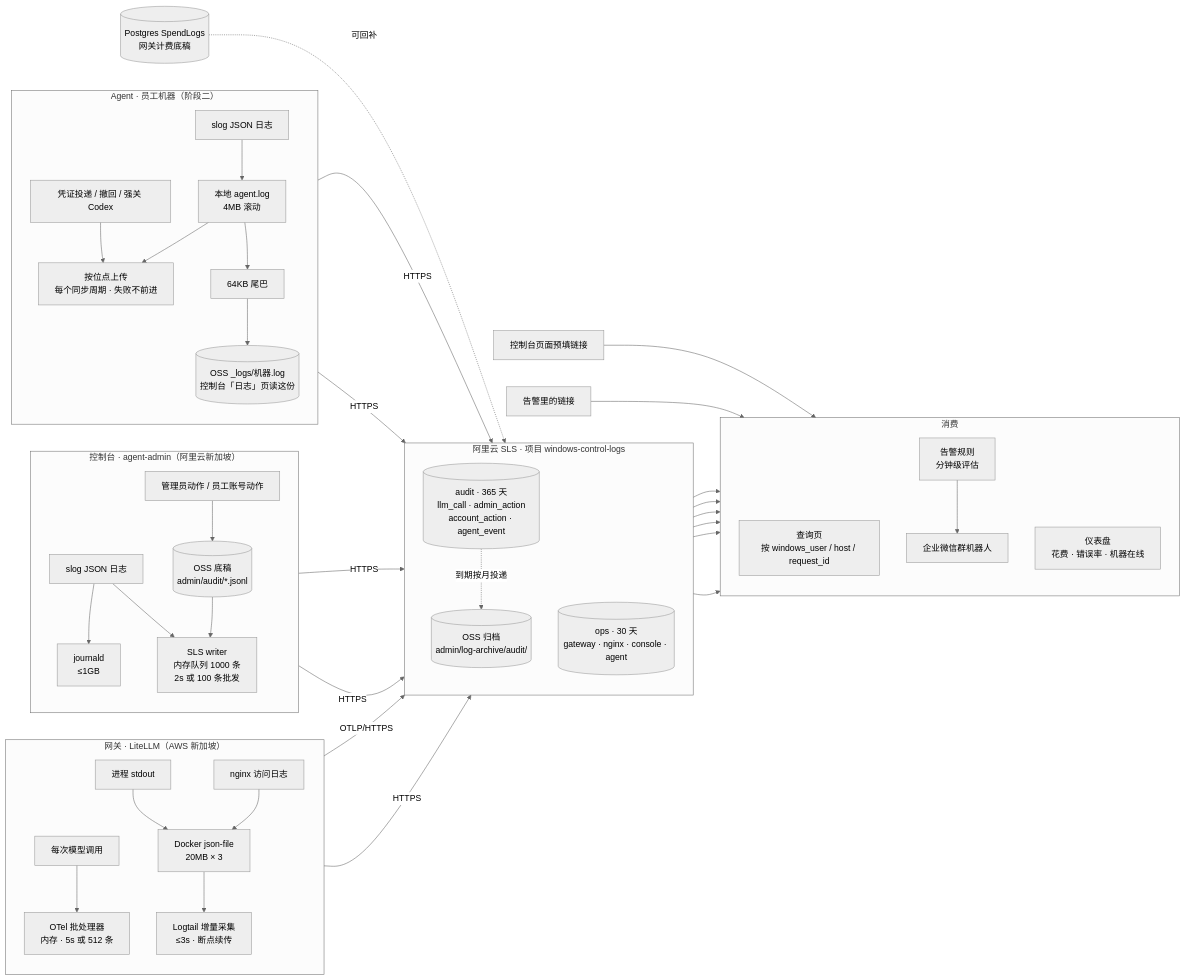
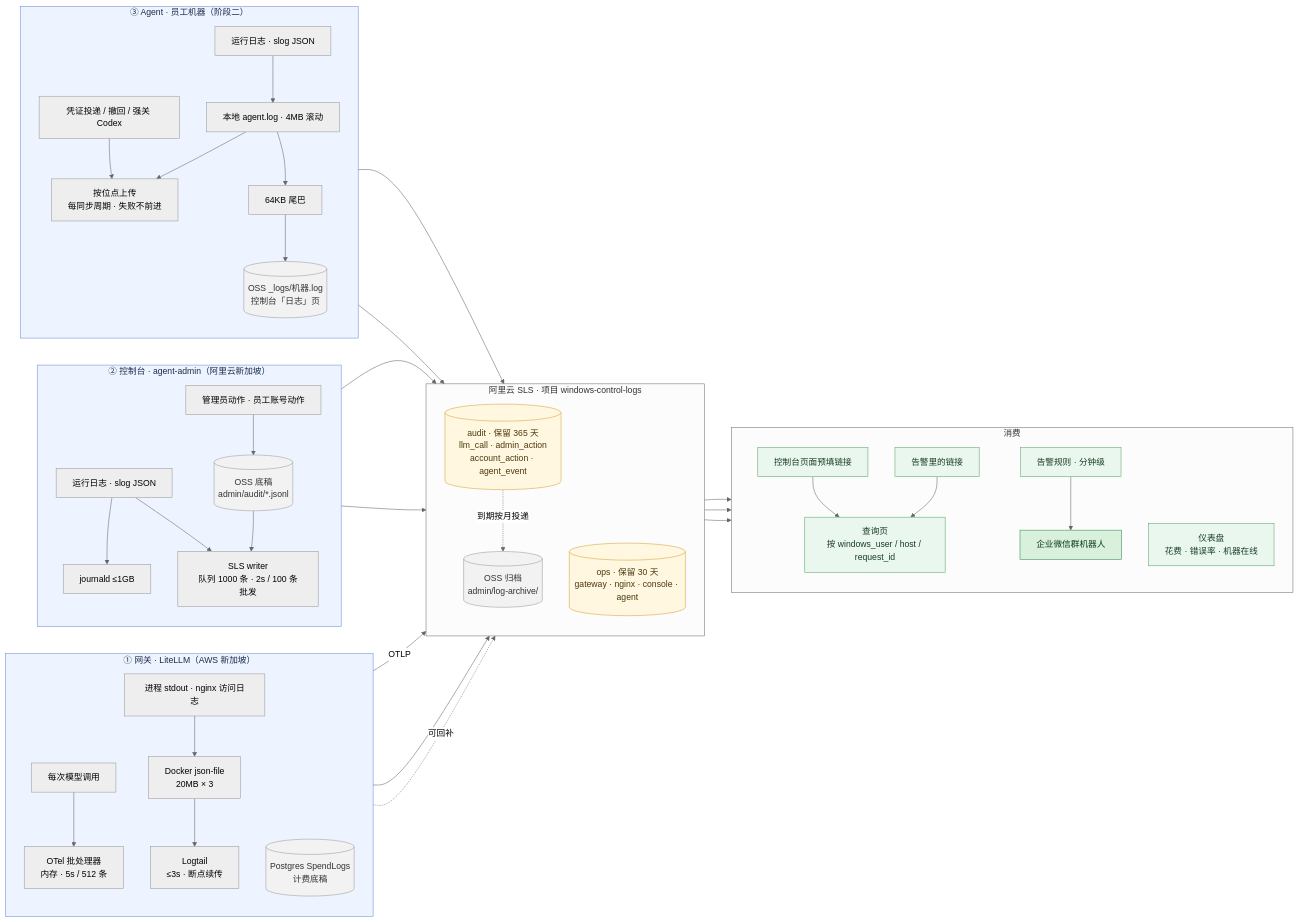
The diagram in docs/superpowers/specs/2026-09-08-unified-logging-design.md (TEENet-io/ai-env-mgr), drawn with Mermaid (neutral theme) before and after one commit.

Commit message:
docs: tidy the log-flow diagram (grouped edges, colour classes)

````diff
--- a/docs/superpowers/specs/2026-09-08-unified-logging-design.md
+++ b/docs/superpowers/specs/2026-09-08-unified-logging-design.md
@@ -65,61 +65,63 @@
 ```mermaid
 flowchart LR
-  %% ───────── 产生与本地缓冲 ─────────
-  subgraph GW["网关 · LiteLLM（AWS 新加坡）"]
+  classDef mod fill:#eef4ff,stroke:#6b8fd6,color:#1a2b4c
+  classDef store fill:#fff7e0,stroke:#d6a23a,color:#4c3a10
+  classDef oss fill:#f2f2f2,stroke:#9a9a9a,color:#333
+  classDef use fill:#eaf7ee,stroke:#5aa76b,color:#183d24
+  classDef wecom fill:#d9f0dc,stroke:#2f8a4a,color:#0f3d1c
+
+  subgraph GW["① 网关 · LiteLLM（AWS 新加坡）"]
     direction TB
-    gw_call["每次模型调用"] --> otel["OTel 批处理器<br/>内存 · 5s 或 512 条"]
-    gw_out["进程 stdout"] --> dj["Docker json-file<br/>20MB × 3"]
-    ng_out["nginx 访问日志"] --> dj
-    dj --> lt["Logtail 增量采集<br/>≤3s · 断点续传"]
+    g1["每次模型调用"] --> g2["OTel 批处理器<br/>内存 · 5s / 512 条"]
+    g3["进程 stdout · nginx 访问日志"] --> g4["Docker json-file<br/>20MB × 3"] --> g5["Logtail<br/>≤3s · 断点续传"]
+    g6[("Postgres SpendLogs<br/>计费底稿")]
   end
 
-  subgraph CS["控制台 · agent-admin（阿里云新加坡）"]
+  subgraph CS["② 控制台 · agent-admin（阿里云新加坡）"]
     direction TB
-    cs_log["slog JSON 日志"] --> jd["journald<br/>≤1GB"]
-    cs_log --> q["SLS writer<br/>内存队列 1000 条<br/>2s 或 100 条批发"]
-    cs_audit["管理员动作 / 员工账号动作"] --> ossa[("OSS 底稿<br/>admin/audit/*.jsonl")]
-    ossa --> q
+    c1["运行日志 · slog JSON"] --> c2["journald ≤1GB"]
+    c1 --> c3["SLS writer<br/>队列 1000 条 · 2s / 100 条批发"]
+    c4["管理员动作 · 员工账号动作"] --> c5[("OSS 底稿<br/>admin/audit/*.jsonl")] --> c3
   end
 
-  subgraph AG["Agent · 员工机器（阶段二）"]
+  subgraph AG["③ Agent · 员工机器（阶段二）"]
     direction TB
-    ag_log["slog JSON 日志"] --> af["本地 agent.log<br/>4MB 滚动"]
-    af --> pos["按位点上传<br/>每个同步周期 · 失败不前进"]
-    af --> tail["64KB 尾巴"] --> osst[("OSS _logs/机器.log<br/>控制台「日志」页读这份")]
-    ag_ev["凭证投递 / 撤回 / 强关 Codex"] --> pos
+    a1["运行日志 · slog JSON"] --> a2["本地 agent.log · 4MB 滚动"]
+    a2 --> a3["按位点上传<br/>每同步周期 · 失败不前进"]
+    a2 --> a4["64KB 尾巴"] --> a5[("OSS _logs/机器.log<br/>控制台「日志」页")]
+    a6["凭证投递 / 撤回 / 强关 Codex"] --> a3
   end
 
-  %% ───────── SLS ─────────
   subgraph SLS["阿里云 SLS · 项目 windows-control-logs"]
     direction TB
-    audit[("audit · 365 天<br/>llm_call · admin_action<br/>account_action · agent_event")]
-    ops[("ops · 30 天<br/>gateway · nginx · console · agent")]
-    audit -. 到期按月投递 .-> arch[("OSS 归档<br/>admin/log-archive/audit/")]
+    audit[("audit · 保留 365 天<br/>llm_call · admin_action<br/>account_action · agent_event")]
+    ops[("ops · 保留 30 天<br/>gateway · nginx · console · agent")]
+    audit -. 到期按月投递 .-> arch[("OSS 归档<br/>admin/log-archive/")]
   end
 
-  otel -- "OTLP/HTTPS" --> audit
-  lt -- "HTTPS" --> ops
-  q -- "HTTPS" --> ops
-  q -- "HTTPS" --> audit
-  pos -- "HTTPS" --> ops
-  pos -- "HTTPS" --> audit
-
-  %% ───────── 消费 ─────────
   subgraph USE["消费"]
     direction TB
-    query["查询页<br/>按 windows_user / host / request_id"]
-    dash["仪表盘<br/>花费 · 错误率 · 机器在线"]
-    alert["告警规则<br/>分钟级评估"] --> wecom["企业微信群机器人"]
+    q["查询页<br/>按 windows_user / host / request_id"]
+    d["仪表盘<br/>花费 · 错误率 · 机器在线"]
+    al["告警规则 · 分钟级"] --> w["企业微信群机器人"]
+    l1["控制台页面预填链接"] --> q
+    l2["告警里的链接"] --> q
   end
-  audit --> query
-  ops --> query
-  audit --> dash
-  ops --> dash
-  audit --> alert
-  ops --> alert
 
-  %% ───────── 入口 ─────────
-  pg[("Postgres SpendLogs<br/>网关计费底稿")] -.可回补.-> audit
-  link1["控制台页面预填链接"] --> query
-  link2["告警里的链接"] --> query
+  g2 -- OTLP --> audit
+  g5 --> ops
+  g6 -. 可回补 .-> audit
+  c3 --> ops
+  c3 --> audit
+  a3 --> ops
+  a3 --> audit
+  SLS --> q
+  SLS --> d
+  SLS --> al
+
+  class GW,CS,AG mod
+  class audit,ops store
+  class g6,c5,a5,arch oss
+  class q,d,al,l1,l2 use
+  class w wecom
 ```
````
